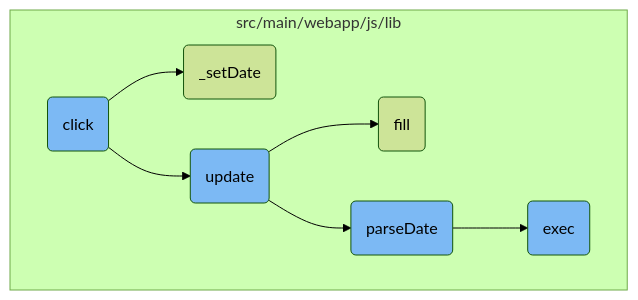
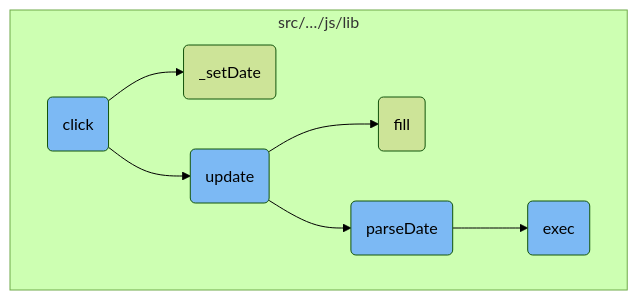
One commit to Swimm-Demo/greenfield-ecommerce changed the first of 3 diagrams in .swm/handling-clicks-in-datepicker.pcr0fw1d.sw.md. Above: the diagram before and after it, drawn with Mermaid (forest theme). The commit also changed other lines of this file, not shown here.

````diff
--- a/.swm/handling-clicks-in-datepicker.pcr0fw1d.sw.md
+++ b/.swm/handling-clicks-in-datepicker.pcr0fw1d.sw.md
@@ -10,58 +10,58 @@
 ```mermaid
 graph TD;
-      subgraph src/main/webapp/js/lib
+      subgraph "src/…/js/lib"
 89769cda9ddde622ead58ef61342c3a5f67f00d90465ff73dd63e43475014ded(click):::mainFlowStyle --> 8d8dbbde8e7a85e4fb7e9e847f6daf4b53fed0742e0b2270a4754f14021b5a1e(_setDate)
 end
 
-subgraph src/main/webapp/js/lib
+subgraph "src/…/js/lib"
 89769cda9ddde622ead58ef61342c3a5f67f00d90465ff73dd63e43475014ded(click):::mainFlowStyle --> bb4ba648bc3810a172b8e3bdda1d4fb698a676cbc1ce1bfd0933c921cb0be128(update):::mainFlowStyle
 end
 
-subgraph src/main/webapp/js/lib
+subgraph "src/…/js/lib"
 bb4ba648bc3810a172b8e3bdda1d4fb698a676cbc1ce1bfd0933c921cb0be128(update):::mainFlowStyle --> 5011f9474dee0e0405fb8996a869aaff1bc0517f50e773abb996e79485926e89(fill)
 end
 
-subgraph src/main/webapp/js/lib
+subgraph "src/…/js/lib"
 bb4ba648bc3810a172b8e3bdda1d4fb698a676cbc1ce1bfd0933c921cb0be128(update):::mainFlowStyle --> 50ab64824b3f640c78afe95fb03fc21531de62eca0527b089442316b416fe9c1(parseDate):::mainFlowStyle
 end
 
-subgraph src/main/webapp/js/lib
+subgraph "src/…/js/lib"
 50ab64824b3f640c78afe95fb03fc21531de62eca0527b089442316b416fe9c1(parseDate):::mainFlowStyle --> 9d565e6fede5bda4f279be66ab7c3984d668f9d3a43c5443e4d00e3fbf4ddd4a(exec):::mainFlowStyle
 end
 
 
       classDef mainFlowStyle color:#000000,fill:#7CB9F4
 classDef rootsStyle color:#000000,fill:#00FFF4
 classDef Style1 color:#000000,fill:#00FFAA
 classDef Style2 color:#000000,fill:#FFFF00
 classDef Style3 color:#000000,fill:#AA7CB9
 
 %% Swimm:
 %% graph TD;
-%%       subgraph <SwmPath>[src/main/webapp/js/lib/](src/main/webapp/js/lib/)</SwmPath>
+%%       subgraph "<SwmPath>[src/…/js/lib/](src/main/webapp/js/lib/)</SwmPath>"
 %% 89769cda9ddde622ead58ef61342c3a5f67f00d90465ff73dd63e43475014ded(click):::mainFlowStyle --> 8d8dbbde8e7a85e4fb7e9e847f6daf4b53fed0742e0b2270a4754f14021b5a1e(_setDate)
 %% end
 %% 
-%% subgraph <SwmPath>[src/main/webapp/js/lib/](src/main/webapp/js/lib/)</SwmPath>
+%% subgraph "<SwmPath>[src/…/js/lib/](src/main/webapp/js/lib/)</SwmPath>"
 %% 89769cda9ddde622ead58ef61342c3a5f67f00d90465ff73dd63e43475014ded(click):::mainFlowStyle --> bb4ba648bc3810a172b8e3bdda1d4fb698a676cbc1ce1bfd0933c921cb0be128(update):::mainFlowStyle
 %% end
 %% 
-%% subgraph <SwmPath>[src/main/webapp/js/lib/](src/main/webapp/js/lib/)</SwmPath>
+%% subgraph "<SwmPath>[src/…/js/lib/](src/main/webapp/js/lib/)</SwmPath>"
 %% bb4ba648bc3810a172b8e3bdda1d4fb698a676cbc1ce1bfd0933c921cb0be128(update):::mainFlowStyle --> 5011f9474dee0e0405fb8996a869aaff1bc0517f50e773abb996e79485926e89(fill)
 %% end
 %% 
-%% subgraph <SwmPath>[src/main/webapp/js/lib/](src/main/webapp/js/lib/)</SwmPath>
+%% subgraph "<SwmPath>[src/…/js/lib/](src/main/webapp/js/lib/)</SwmPath>"
 %% bb4ba648bc3810a172b8e3bdda1d4fb698a676cbc1ce1bfd0933c921cb0be128(update):::mainFlowStyle --> 50ab64824b3f640c78afe95fb03fc21531de62eca0527b089442316b416fe9c1(parseDate):::mainFlowStyle
 %% end
 %% 
-%% subgraph <SwmPath>[src/main/webapp/js/lib/](src/main/webapp/js/lib/)</SwmPath>
+%% subgraph "<SwmPath>[src/…/js/lib/](src/main/webapp/js/lib/)</SwmPath>"
 %% 50ab64824b3f640c78afe95fb03fc21531de62eca0527b089442316b416fe9c1(parseDate):::mainFlowStyle --> 9d565e6fede5bda4f279be66ab7c3984d668f9d3a43c5443e4d00e3fbf4ddd4a(exec):::mainFlowStyle
 %% end
 %% 
 %% 
 %%       classDef mainFlowStyle color:#000000,fill:#7CB9F4
 %% classDef rootsStyle color:#000000,fill:#00FFF4
 %% classDef Style1 color:#000000,fill:#00FFAA
 %% classDef Style2 color:#000000,fill:#FFFF00
 %% classDef Style3 color:#000000,fill:#AA7CB9
 ```
````
